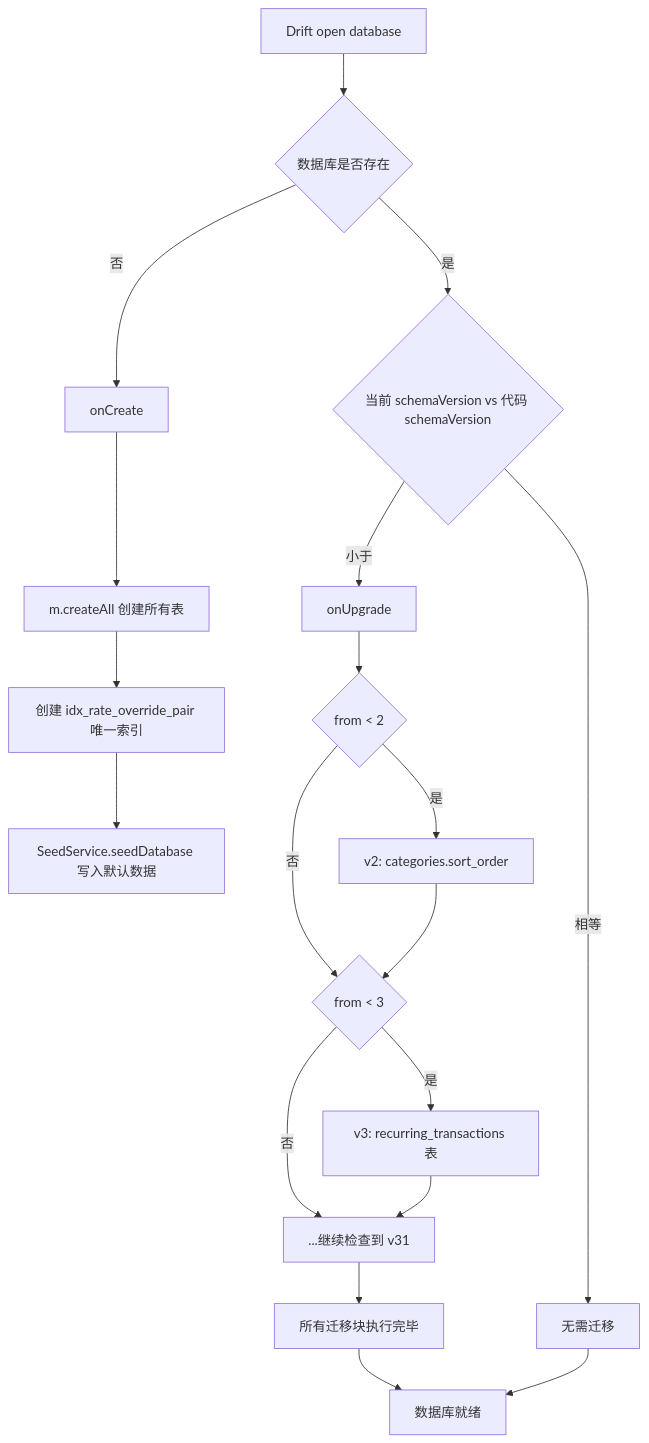
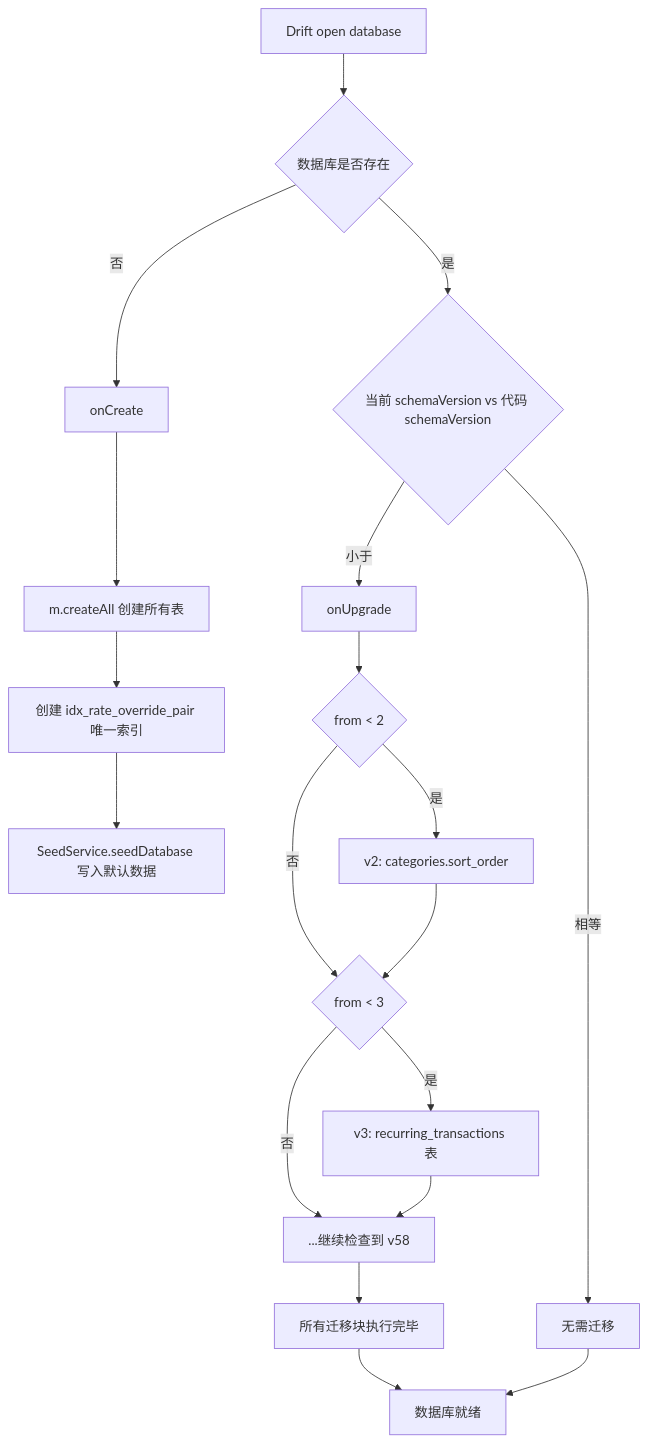
The third of 5 diagrams in docoments/07-data-model.md (mecoren/PiggyCount), drawn with Mermaid before and after one commit. The commit also changed other lines of this file and 19 other files, not shown here.

First line of the commit message:
docs: 工程文档与 known-issues 同步至 schema 58 / 快照同步（2026-10-17）

````diff
--- a/docoments/07-data-model.md
+++ b/docoments/07-data-model.md
@@ -453,22 +459,22 @@
 ```mermaid
 flowchart TD
     A[Drift open database] --> B{数据库是否存在}
     B -->|否| C[onCreate]
     C --> D[m.createAll 创建所有表]
     D --> E[创建 idx_rate_override_pair 唯一索引]
     E --> F[SeedService.seedDatabase 写入默认数据]
 
     B -->|是| G{当前 schemaVersion vs 代码 schemaVersion}
     G -->|相等| H[无需迁移]
     G -->|小于| I[onUpgrade]
     I --> J{from < 2}
     J -->|是| K[v2: categories.sort_order]
     J -->|否| L{from < 3}
     K --> L
     L -->|是| M[v3: recurring_transactions 表]
-    L -->|否| N[...继续检查到 v31]
+    L -->|否| N[...继续检查到 v58]
     M --> N
     N --> O[所有迁移块执行完毕]
     O --> P[数据库就绪]
     H --> P
 ```
````
